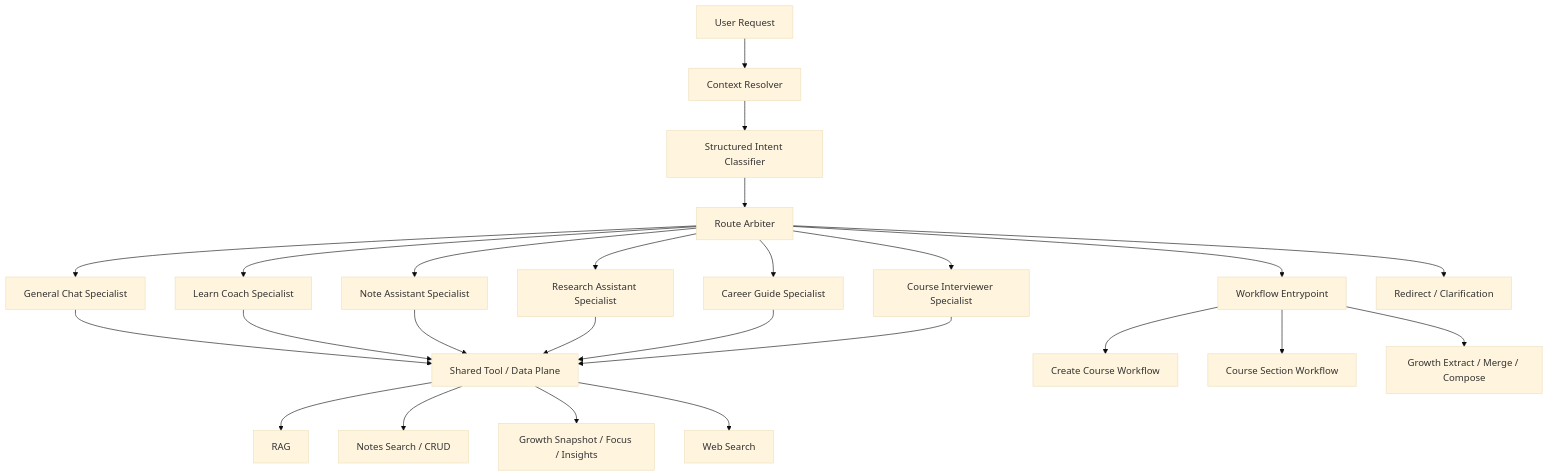
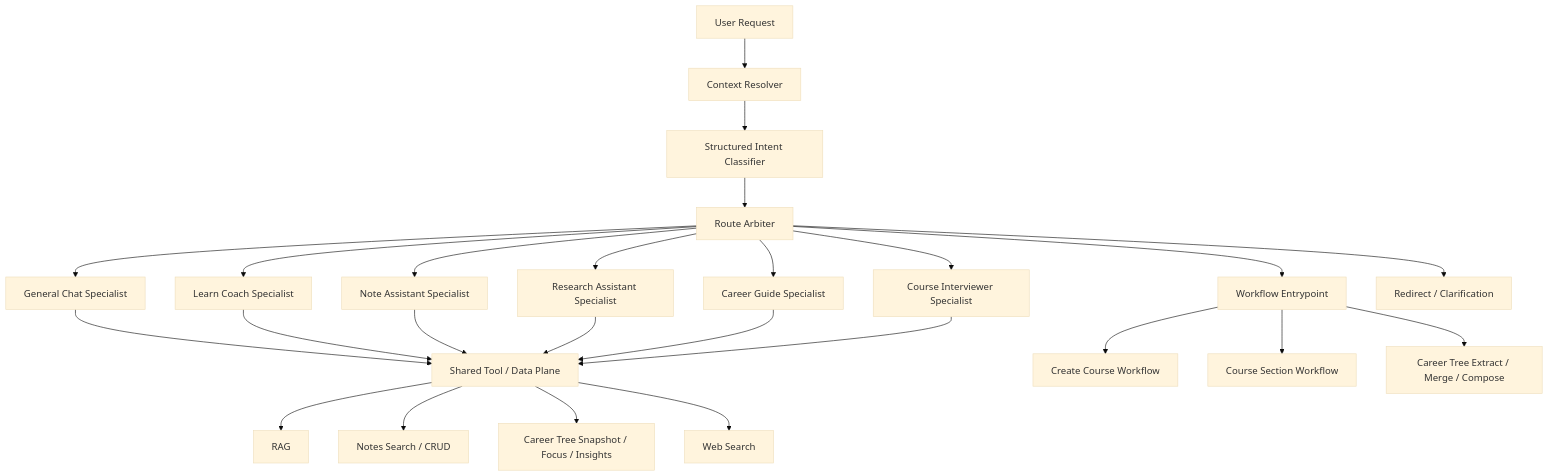
The diagram in docs/adr/2026-05-14-ai-runtime-router-specialists.md (997899594/nexusnote), drawn with Mermaid (base theme) before and after one commit. The commit also changed other lines of this file and 172 other files, not shown here.

````diff
--- a/docs/adr/2026-05-14-ai-runtime-router-specialists.md
+++ b/docs/adr/2026-05-14-ai-runtime-router-specialists.md
@@ -43,30 +43,30 @@
 ```mermaid
 flowchart TD
   A["User Request"] --> B["Context Resolver"]
   B --> C["Structured Intent Classifier"]
   C --> D["Route Arbiter"]
   D --> E1["General Chat Specialist"]
   D --> E2["Learn Coach Specialist"]
   D --> E3["Note Assistant Specialist"]
   D --> E4["Research Assistant Specialist"]
   D --> E5["Career Guide Specialist"]
   D --> E6["Course Interviewer Specialist"]
   D --> F1["Workflow Entrypoint"]
   D --> F2["Redirect / Clarification"]
 
   E1 --> G["Shared Tool / Data Plane"]
   E2 --> G
   E3 --> G
   E4 --> G
   E5 --> G
   E6 --> G
 
   G --> H1["RAG"]
   G --> H2["Notes Search / CRUD"]
-  G --> H3["Growth Snapshot / Focus / Insights"]
+  G --> H3["Career Tree Snapshot / Focus / Insights"]
   G --> H4["Web Search"]
 
   F1 --> I1["Create Course Workflow"]
   F1 --> I2["Course Section Workflow"]
-  F1 --> I3["Growth Extract / Merge / Compose"]
+  F1 --> I3["Career Tree Extract / Merge / Compose"]
 ```
````
